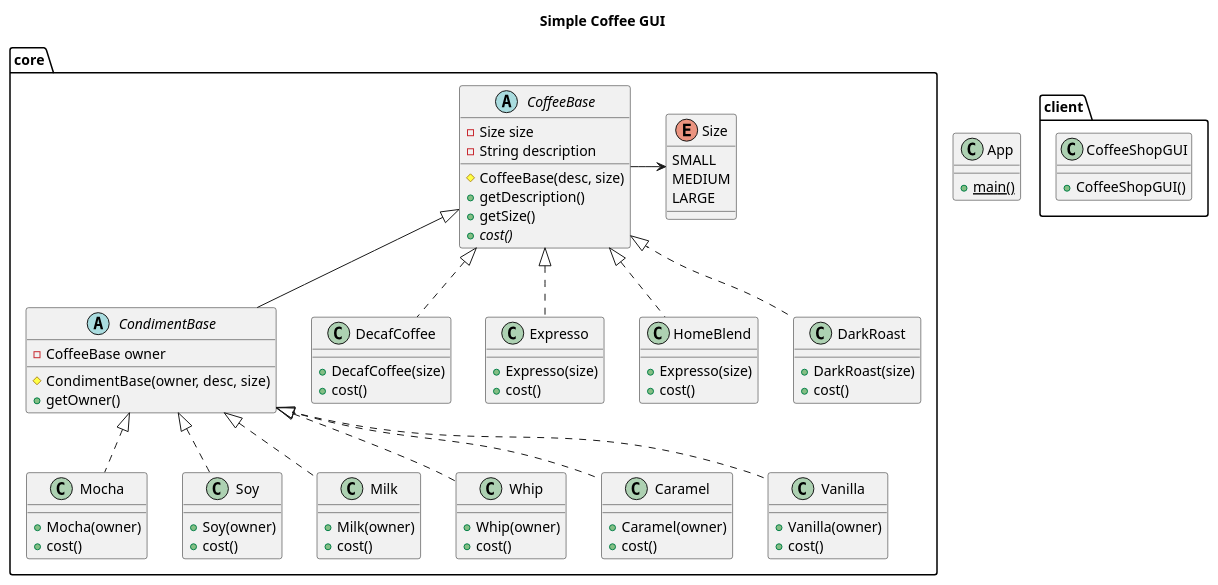
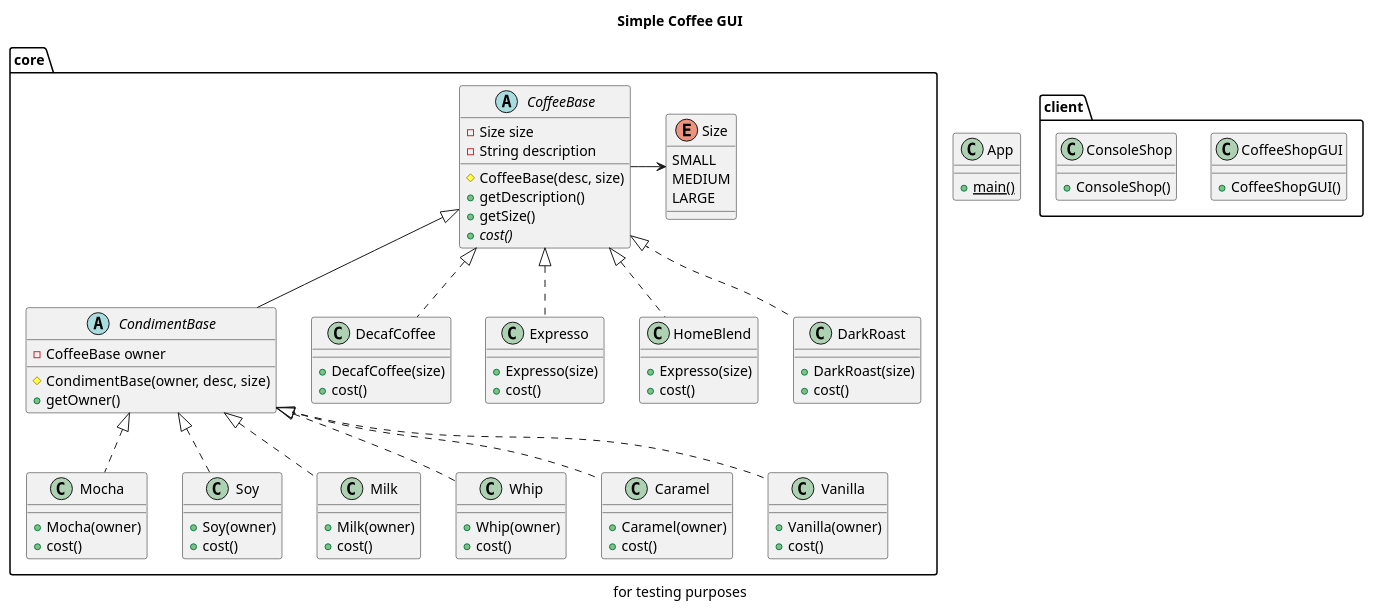
The diagram in docs/basic_cv.puml (zeldafan3421/Assignment-Coffee-Shop-GUI-Decorator-Pattern-), drawn with PlantUML before and after one commit. The commit also changed 1 other file, not shown here.

Commit message:
update uml with console shop

```diff
--- a/docs/basic_cv.puml
+++ b/docs/basic_cv.puml
@@ -1,119 +1,125 @@
 @startuml basic_cv
 
 title Simple Coffee GUI
 
 package core
 {
     abstract class CoffeeBase
     {
         -Size size
         -String description
 
         #CoffeeBase(desc, size)
         +getDescription()
         +getSize()
         {abstract} +cost()
     }
     
     abstract class CondimentBase
     {
         -CoffeeBase owner
 
         #CondimentBase(owner, desc, size)
         +getOwner()
     }
     
     class DecafCoffee
     {
         +DecafCoffee(size)
         +cost()
     }
     class Expresso
     {
         +Expresso(size)
         +cost()
     }
     class HomeBlend
     {
         +Expresso(size)
         +cost()
     }
     class DarkRoast
     {
         +DarkRoast(size)
         +cost()
     }
     
     class Mocha
     {
         +Mocha(owner)
         +cost()
     }
 
     class Soy
     {
         +Soy(owner)
         +cost()
     }
 
     class Milk
     {
         +Milk(owner)
         +cost()
     }
 
     class Whip
     {
         +Whip(owner)
         +cost()
     }
 
     class Caramel 
     {
         +Caramel(owner)
         +cost()
     }
 
     class Vanilla
     {
         +Vanilla(owner)
         +cost()
     }
 
     enum Size 
     {
         SMALL
         MEDIUM
         LARGE
     }
 }
 
 CoffeeBase <|.. DecafCoffee
 CoffeeBase <|.. Expresso
 CoffeeBase <|.. HomeBlend
 CoffeeBase <|.. DarkRoast
 
 CondimentBase <|.. Mocha
 CondimentBase <|.. Soy
 CondimentBase <|.. Milk
 CondimentBase <|.. Whip
 CondimentBase <|.. Caramel
 CondimentBase <|.. Vanilla
 
 CoffeeBase <|-- CondimentBase
 CoffeeBase -> Size
 
 package client
 {
     class CoffeeShopGUI
     {
         +CoffeeShopGUI()
     }
+
+    class ConsoleShop
+    {
+        +ConsoleShop()
+    }
+    caption for testing purposes 
 }
 
 class App
 {
     {static} +main()
 }
 
 @enduml
```
